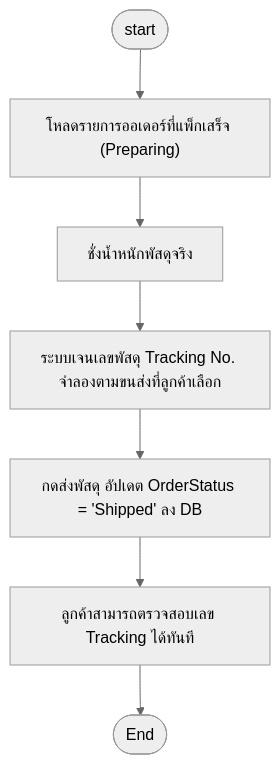
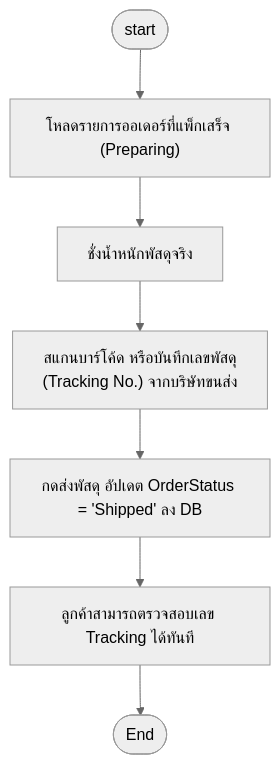
One commit to doraemon-kub/CSI402_Project-final changed diagram 15 of 18 in README.md. Above: the diagram before and after it, drawn with Mermaid (neutral theme). The commit also changed other lines of this file and 3 other files, not shown here.

Commit message:
docs: update shipping flowchart step to real-world barcode scanning and courier tracking assignment

````diff
--- a/README.md
+++ b/README.md
@@ -371,9 +371,9 @@
 ```mermaid
 flowchart TD
     Start([start]) --> LoadPreparingOrders["โหลดรายการออเดอร์ที่แพ็กเสร็จ (Preparing)"]
-    LoadPreparingOrders --> WeighBox[ชั่งน้ำหนักพัสดุจริง]
-    WeighBox --> GenTracking[ระบบเจนเลขพัสดุ Tracking No. จำลองตามขนส่งที่ลูกค้าเลือก]
-    GenTracking --> UpdateShippedDB[กดส่งพัสดุ อัปเดต OrderStatus = 'Shipped' ลง DB]
-    UpdateShippedDB --> NotifyCustomer[ลูกค้าสามารถตรวจสอบเลข Tracking ได้ทันที]
+    LoadPreparingOrders --> WeighBox["ชั่งน้ำหนักพัสดุจริง"]
+    WeighBox --> ScanTracking["สแกนบาร์โค้ด หรือบันทึกเลขพัสดุ\n(Tracking No.) จากบริษัทขนส่ง"]
+    ScanTracking --> UpdateShippedDB["กดส่งพัสดุ อัปเดต OrderStatus = 'Shipped' ลง DB"]
+    UpdateShippedDB --> NotifyCustomer["ลูกค้าสามารถตรวจสอบเลข Tracking ได้ทันที"]
     NotifyCustomer --> End([End])
 ```
````
